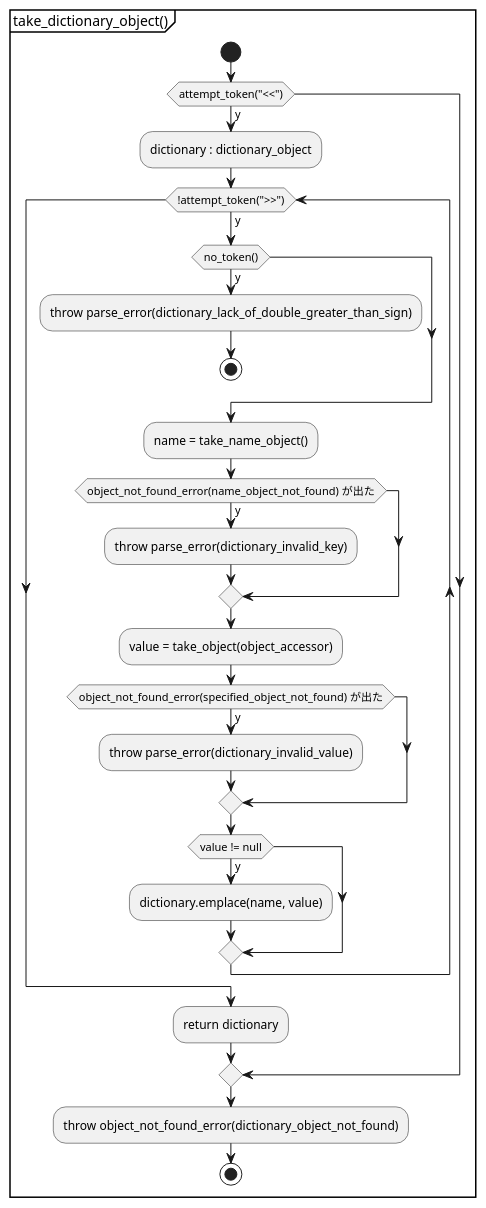
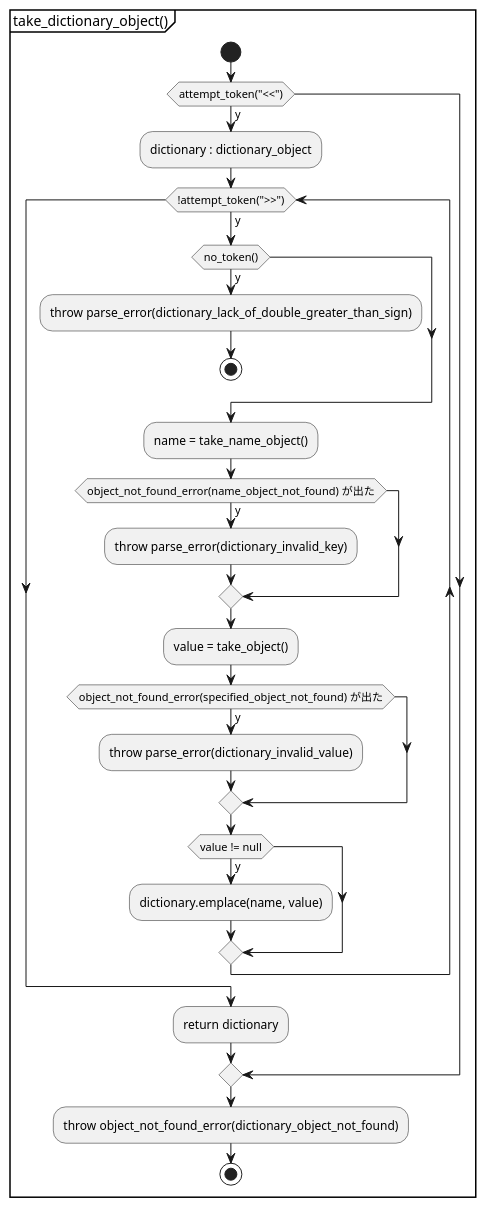
Diagram 14 of 20 in document/document_reader/ipdfstream/ipdfstream.activity.pu (KodaiYM/PDFReader), drawn with PlantUML before and after one commit. The commit also changed other lines of this file and 3 other files, not shown here.

```diff
--- a/document/document_reader/ipdfstream/ipdfstream.activity.pu
+++ b/document/document_reader/ipdfstream/ipdfstream.activity.pu
@@ -398,33 +398,33 @@
 @startuml take_dictionary_object
 partition "take_dictionary_object()" {
 start
 	if (attempt_token("<<")) then (y)
 		:dictionary : dictionary_object;
 
 		while (!attempt_token(">>")) is (y)
 			if (no_token()) then (y)
 				:throw parse_error(dictionary_lack_of_double_greater_than_sign);
 				stop
 			endif
 
 			:name = take_name_object();
 			if (object_not_found_error(name_object_not_found) が出た) then (y)
 				:throw parse_error(dictionary_invalid_key);
 			endif
 
-			:value = take_object(object_accessor);
+			:value = take_object();
 			if (object_not_found_error(specified_object_not_found) が出た) then (y)
 				:throw parse_error(dictionary_invalid_value);
 			endif
 			if (value != null) then (y)
 				:dictionary.emplace(name, value);
 			endif
 		endwhile
 
 		:return dictionary;
 	endif
 
 	:throw object_not_found_error(dictionary_object_not_found);
 stop
 }
 @enduml
```
